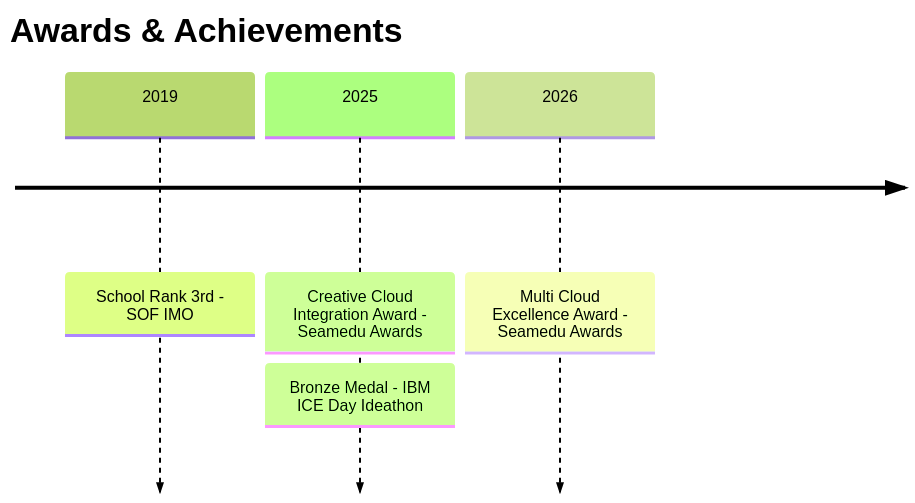
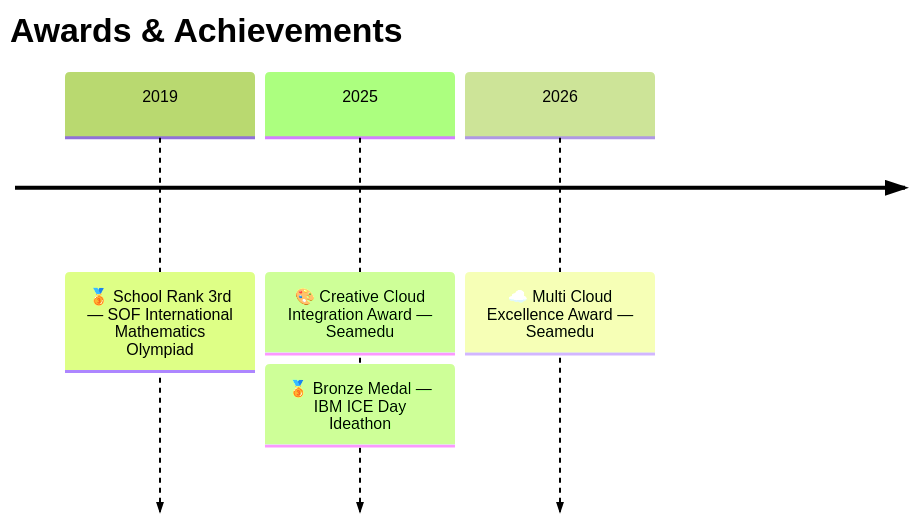
Before and after one commit to PriyanshuKSharma/PriyanshuKSharma: the third of 3 diagrams in README.md, drawn with Mermaid (forest theme). The commit also changed other lines of this file, not shown here.

````diff
--- a/README.md
+++ b/README.md
@@ -402,8 +310,8 @@
 ```mermaid
 timeline
     title Awards & Achievements
-    2019 : School Rank 3rd - SOF IMO
-    2025 : Creative Cloud Integration Award - Seamedu Awards
-         : Bronze Medal - IBM ICE Day Ideathon
-    2026 : Multi Cloud Excellence Award - Seamedu Awards
+    2019 : 🥉 School Rank 3rd — SOF International Mathematics Olympiad
+    2025 : 🎨 Creative Cloud Integration Award — Seamedu
+         : 🥉 Bronze Medal — IBM ICE Day Ideathon
+    2026 : ☁️ Multi Cloud Excellence Award — Seamedu
 ```
````
